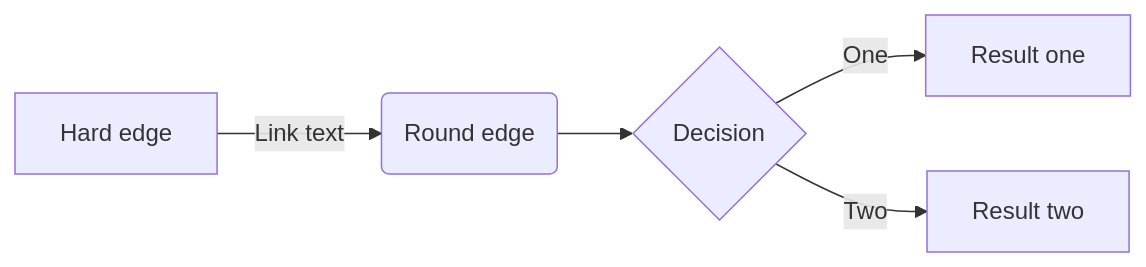
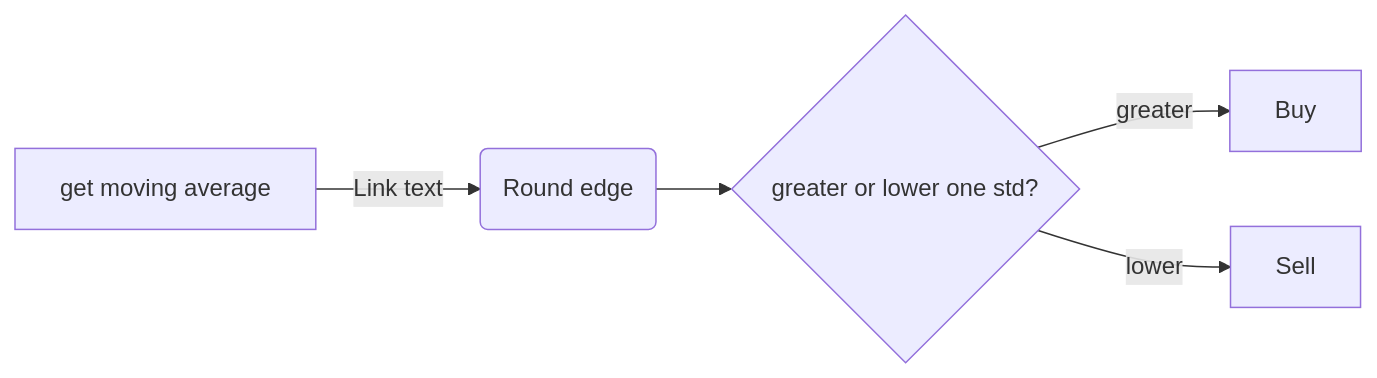
One commit to balaboom123/Taiwan_Stock_Predictor changed the second of 2 diagrams in README.md. Above: the diagram before and after it, drawn with Mermaid.

````diff
--- a/README.md
+++ b/README.md
@@ -18,7 +18,7 @@
 ```mermaid
 graph LR
-A[Hard edge] -->|Link text| B(Round edge)
-B --> C{Decision}
-C -->|One| D[Result one]
-C -->|Two| E[Result two]
+A[get moving average] -->|Link text| B(Round edge)
+B --> C{greater or lower one std?}
+C -->|greater| D[Buy]
+C -->|lower| E[Sell]
 ```
````
